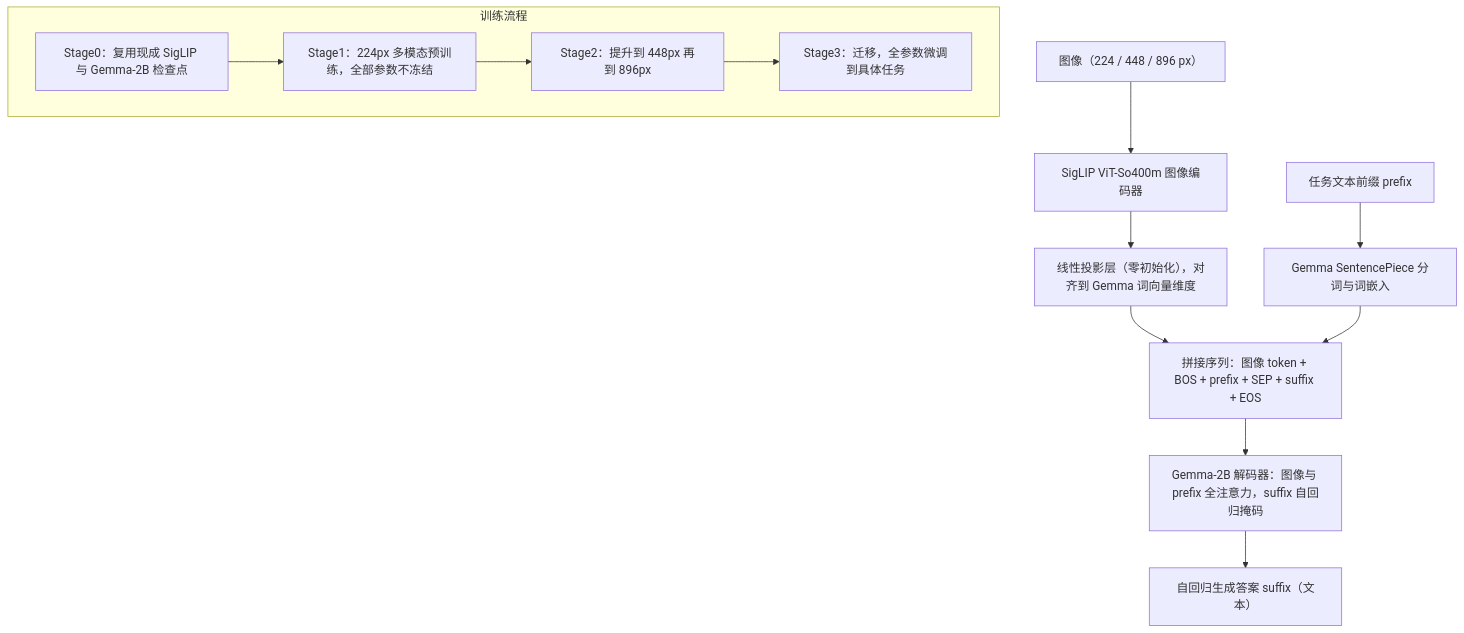
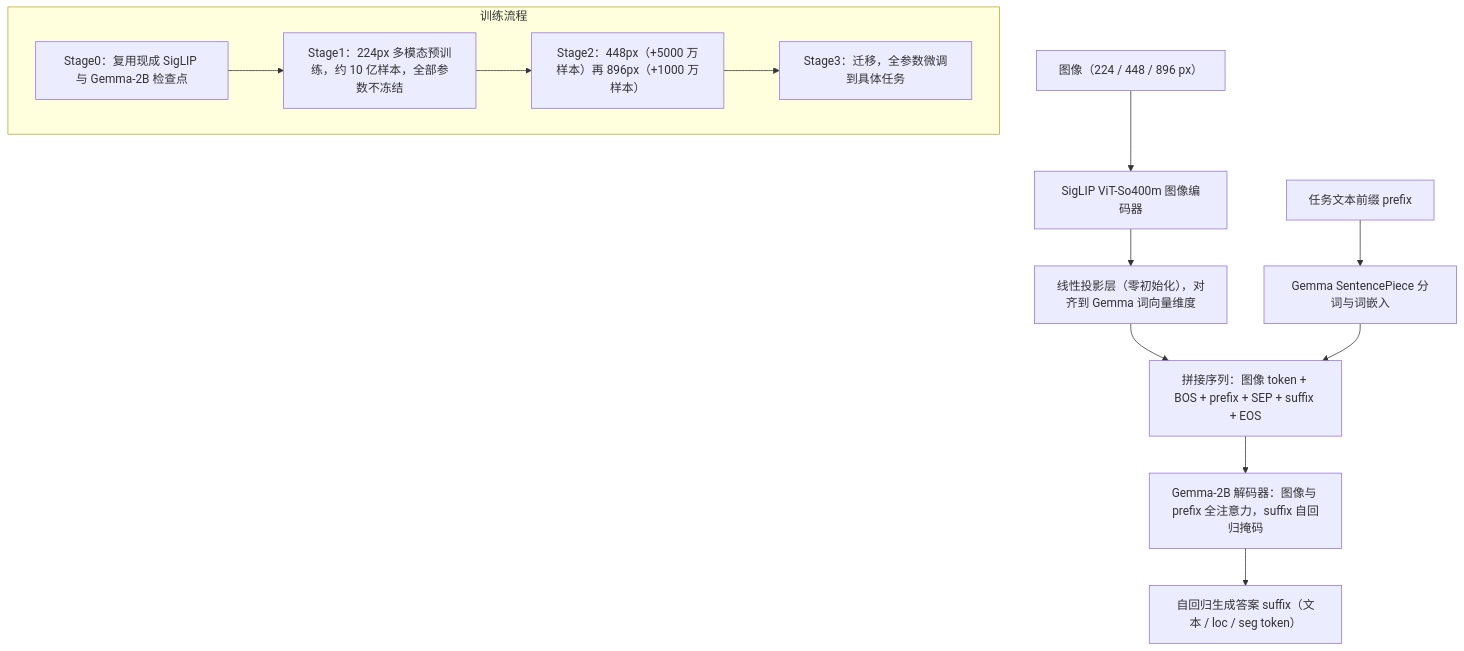
One commit to ImChong/Robotics_Notebooks changed the diagram in wiki/entities/paper-rcl-2407-07726-paligemma-a-versatile-3b-vlm-for-transfer.md. Above: the diagram before and after it, drawn with Mermaid. The commit also changed other lines of this file and 30 other files, not shown here.

````diff
--- a/wiki/entities/paper-rcl-2407-07726-paligemma-a-versatile-3b-vlm-for-transfer.md
+++ b/wiki/entities/paper-rcl-2407-07726-paligemma-a-versatile-3b-vlm-for-transfer.md
@@ -47,15 +73,15 @@
 ```mermaid
 flowchart TD
     IMG["图像（224 / 448 / 896 px）"] --> SIG["SigLIP ViT-So400m 图像编码器"]
     SIG --> PROJ["线性投影层（零初始化），对齐到 Gemma 词向量维度"]
     PROMPT["任务文本前缀 prefix"] --> TOK["Gemma SentencePiece 分词与词嵌入"]
     PROJ --> SEQ["拼接序列：图像 token + BOS + prefix + SEP + suffix + EOS"]
     TOK --> SEQ
     SEQ --> GEM["Gemma-2B 解码器：图像与 prefix 全注意力，suffix 自回归掩码"]
-    GEM --> ANS["自回归生成答案 suffix（文本）"]
+    GEM --> ANS["自回归生成答案 suffix（文本 / loc / seg token）"]
     subgraph TRAIN["训练流程"]
-        S0["Stage0：复用现成 SigLIP 与 Gemma-2B 检查点"] --> S1["Stage1：224px 多模态预训练，全部参数不冻结"]
-        S1 --> S2["Stage2：提升到 448px 再到 896px"]
+        S0["Stage0：复用现成 SigLIP 与 Gemma-2B 检查点"] --> S1["Stage1：224px 多模态预训练，约 10 亿样本，全部参数不冻结"]
+        S1 --> S2["Stage2：448px（+5000 万样本）再 896px（+1000 万样本）"]
         S2 --> S3["Stage3：迁移，全参数微调到具体任务"]
     end
 ```
````
